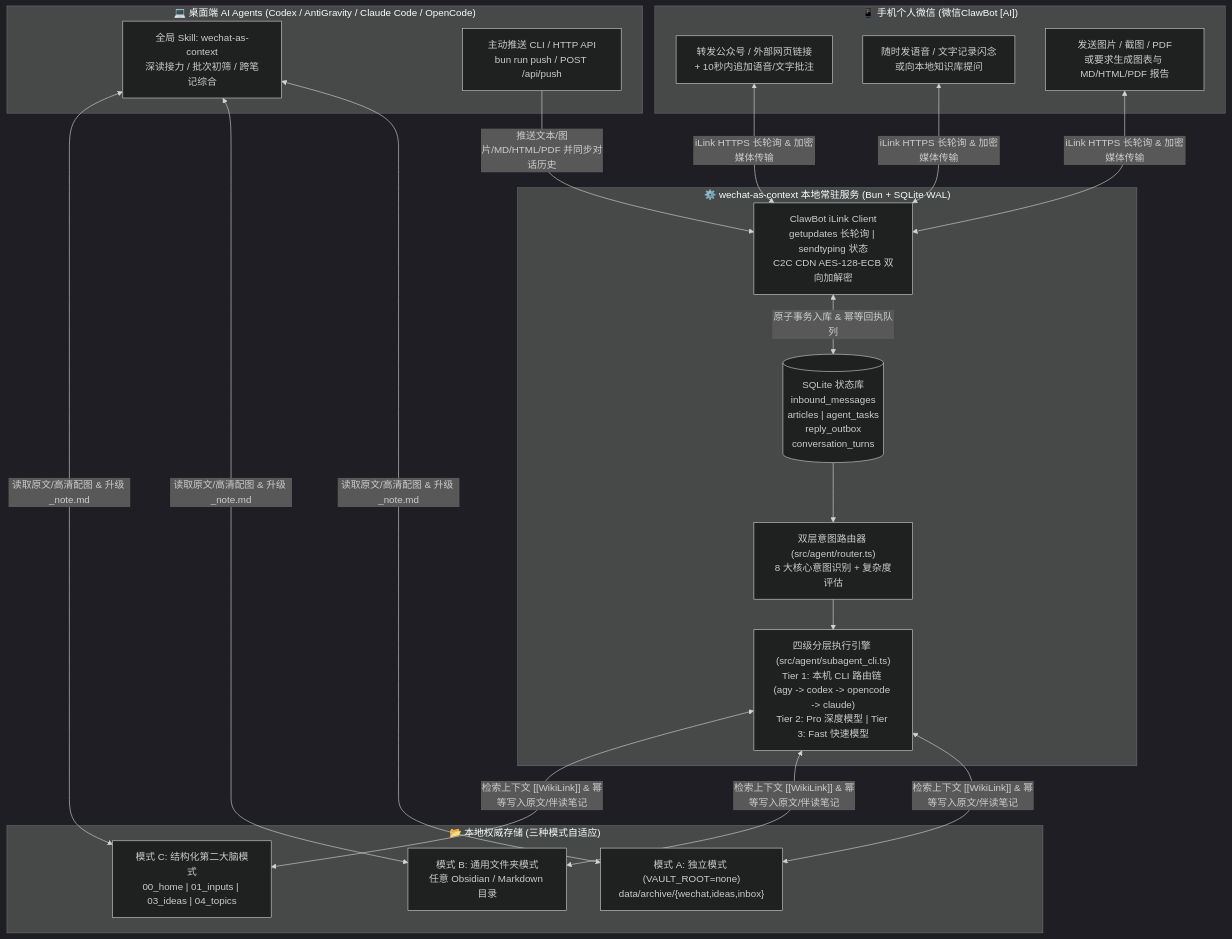
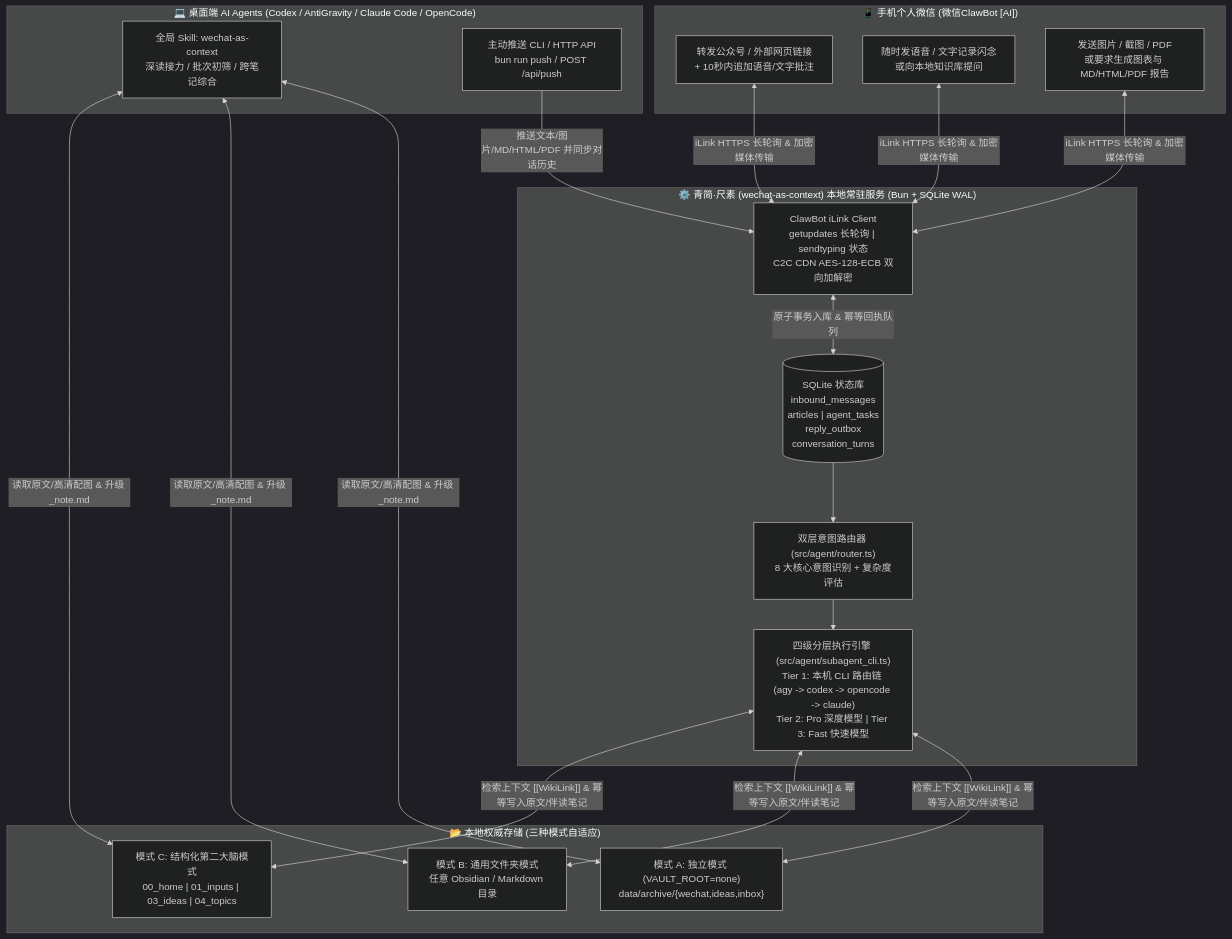
One commit to dqrcsc/wechat-as-context changed the diagram in README.md. Above: the diagram before and after it, drawn with Mermaid (dark theme). The commit also changed other lines of this file and 10 other files, not shown here.

````diff
--- a/README.md
+++ b/README.md
@@ -164,33 +185,33 @@
 ```mermaid
 flowchart TB
     subgraph Mobile["📱 手机个人微信 (微信ClawBot [AI])"]
         M1["转发公众号 / 外部网页链接\n+ 10秒内追加语音/文字批注"]
         M2["随时发语音 / 文字记录闪念\n或向本地知识库提问"]
         M3["发送图片 / 截图 / PDF\n或要求生成图表与 MD/HTML/PDF 报告"]
     end
 
-    subgraph Gateway["⚙️ wechat-as-context 本地常驻服务 (Bun + SQLite WAL)"]
+    subgraph Gateway["⚙️ 青简·尺素 (wechat-as-context) 本地常驻服务 (Bun + SQLite WAL)"]
         C1["ClawBot iLink Client\ngetupdates 长轮询 | sendtyping 状态\nC2C CDN AES-128-ECB 双向加解密"]
         DB[("SQLite 状态库\ninbound_messages\narticles | agent_tasks\nreply_outbox\nconversation_turns")]
         R1["双层意图路由器 (src/agent/router.ts)\n8 大核心意图识别 + 复杂度评估"]
         T1["四级分层执行引擎 (src/agent/subagent_cli.ts)\nTier 1: 本机 CLI 路由链 (agy -> codex -> opencode -> claude)\nTier 2: Pro 深度模型 | Tier 3: Fast 快速模型"]
     end
 
     subgraph Storage["📂 本地权威存储 (三种模式自适应)"]
         V1["模式 A: 独立模式 (VAULT_ROOT=none)\ndata/archive/{wechat,ideas,inbox}"]
         V2["模式 B: 通用文件夹模式\n任意 Obsidian / Markdown 目录"]
         V3["模式 C: 结构化第二大脑模式\n00_home | 01_inputs | 03_ideas | 04_topics"]
     end
 
     subgraph Desktop["💻 桌面端 AI Agents (Codex / AntiGravity / Claude Code / OpenCode)"]
         D1["全局 Skill: wechat-as-context\n深读接力 / 批次初筛 / 跨笔记综合"]
         D2["主动推送 CLI / HTTP API\nbun run push / POST /api/push"]
     end
 
     M1 & M2 & M3 <-->|"iLink HTTPS 长轮询 & 加密媒体传输"| C1
     C1 <-->|"原子事务入库 & 幂等回执队列"| DB
     DB --> R1 --> T1
     T1 <-->|"检索上下文 [[WikiLink]] & 幂等写入原文/伴读笔记"| V1 & V2 & V3
     D1 <-->|"读取原文/高清配图 & 升级 _note.md"| V1 & V2 & V3
     D2 -->|"推送文本/图片/MD/HTML/PDF 并同步对话历史"| C1
 ```
````
